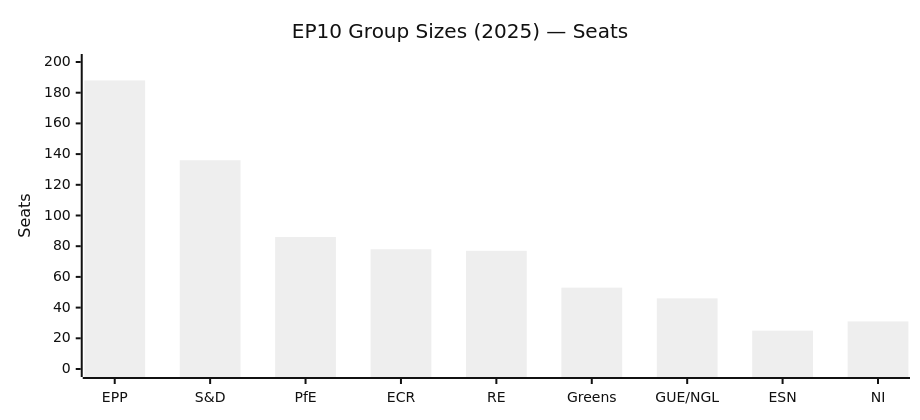
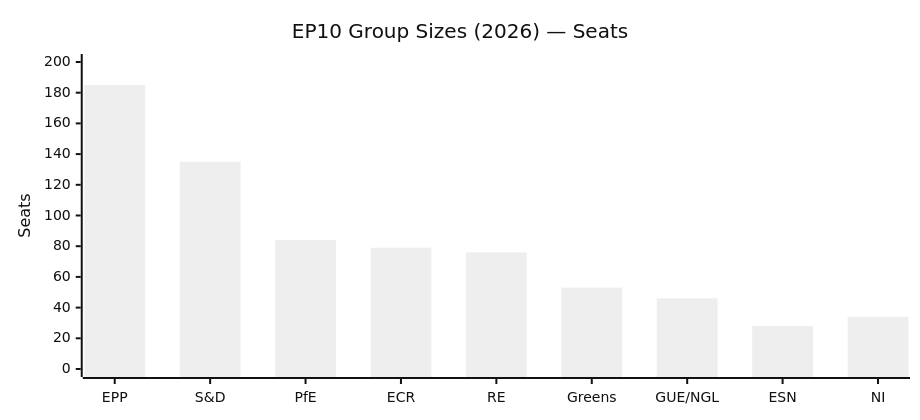
Before and after one commit to Hack23/European-Parliament-MCP-Server: the fourth of 21 diagrams in api-markdown/_media/EP_POLITICAL_LANDSCAPE.md, drawn with Mermaid (neutral theme). The commit also changed other lines of this file and 1437 other files, not shown here.

````diff
--- a/api-markdown/_media/EP_POLITICAL_LANDSCAPE.md
+++ b/api-markdown/_media/EP_POLITICAL_LANDSCAPE.md
@@ -93,13 +95,13 @@
 ```mermaid
 ---
 config:
   xyChart:
     width: 900
     height: 400
 ---
 xychart-beta
-    title "EP10 Group Sizes (2025) — Seats"
+    title "EP10 Group Sizes (2026) — Seats"
     x-axis ["EPP", "S&D", "PfE", "ECR", "RE", "Greens", "GUE/NGL", "ESN", "NI"]
     y-axis "Seats" 0 --> 200
-    bar [188, 136, 86, 78, 77, 53, 46, 25, 31]
+    bar [185, 135, 84, 79, 76, 53, 46, 28, 34]
 ```
````
